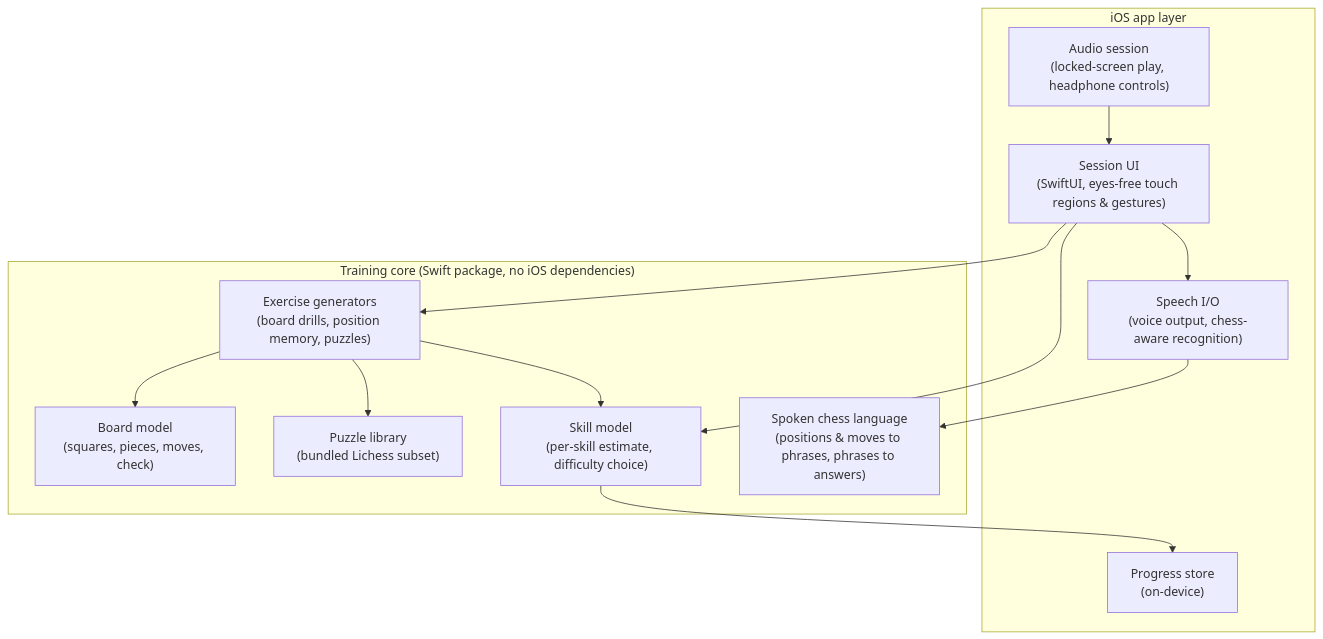
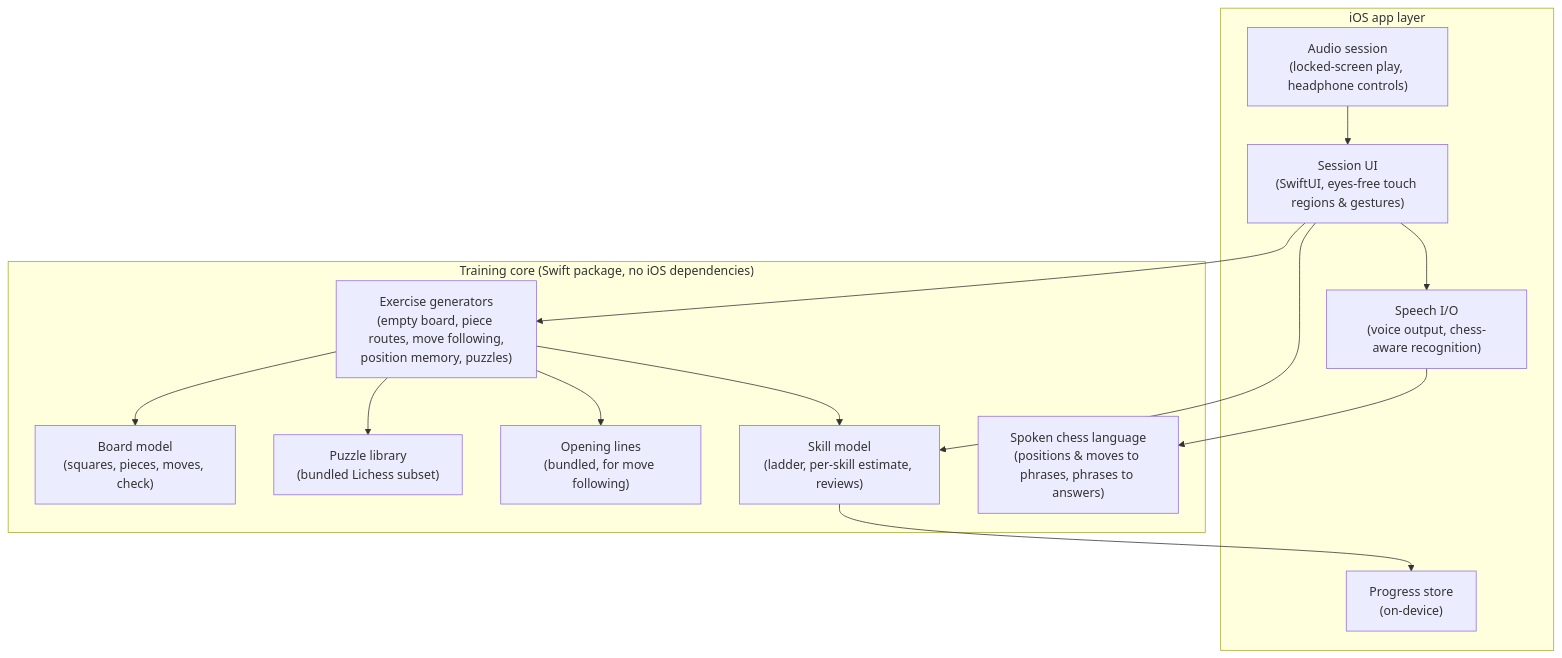
One commit to andreizimin/hear-chess changed the diagram in docs/high-level-design.md. Above: the diagram before and after it, drawn with Mermaid. The commit also changed other lines of this file and 1 other file, not shown here.

First line of the commit message:
Shape the training ladder from blindfold training research

````diff
--- a/docs/high-level-design.md
+++ b/docs/high-level-design.md
@@ -66,25 +82,27 @@
 ```mermaid
 flowchart TB
   subgraph iOS["iOS app layer"]
     UI["Session UI\n(SwiftUI, eyes-free touch regions & gestures)"]
     Speech["Speech I/O\n(voice output, chess-aware recognition)"]
     Audio["Audio session\n(locked-screen play, headphone controls)"]
     Store["Progress store\n(on-device)"]
   end
   subgraph Core["Training core (Swift package, no iOS dependencies)"]
     Board["Board model\n(squares, pieces, moves, check)"]
-    Ex["Exercise generators\n(board drills, position memory, puzzles)"]
-    Skill["Skill model\n(per-skill estimate, difficulty choice)"]
+    Ex["Exercise generators\n(empty board, piece routes, move following,\nposition memory, puzzles)"]
+    Skill["Skill model\n(ladder, per-skill estimate, reviews)"]
+    Openings["Opening lines\n(bundled, for move following)"]
     Speak["Spoken chess language\n(positions & moves to phrases, phrases to answers)"]
     Puzzles["Puzzle library\n(bundled Lichess subset)"]
   end
   UI --> Ex
   UI --> Skill
   Speech --> Speak
   UI --> Speech
   Audio --> UI
   Ex --> Board
   Ex --> Puzzles
+  Ex --> Openings
   Ex --> Skill
   Skill --> Store
 ```
````
